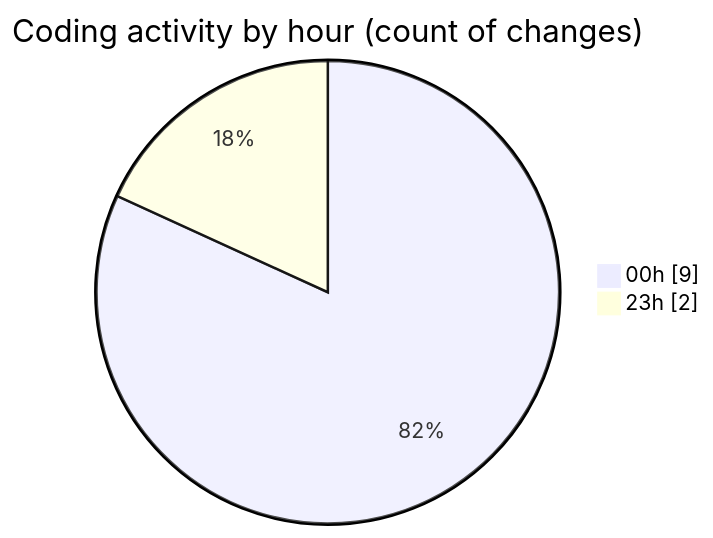
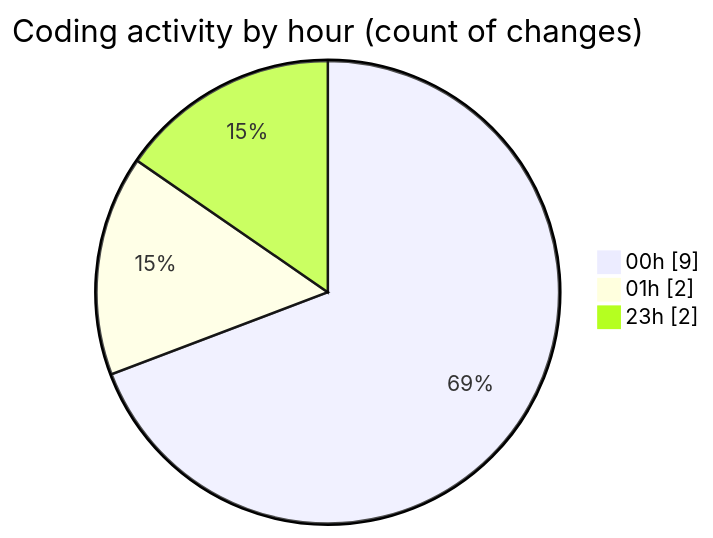
One commit to Elitesun/code-tracking changed the second of 2 diagrams in 2025-01-31/react/README.md. Above: the diagram before and after it, drawn with Mermaid. The commit also changed other lines of this file and 1 other file, not shown here.

````diff
--- a/2025-01-31/react/README.md
+++ b/2025-01-31/react/README.md
@@ -30,6 +30,7 @@
 ```mermaid
 pie showData
 title Coding activity by hour (count of changes)
 "00h" : 9
+"01h" : 2
 "23h" : 2
 ```
````
